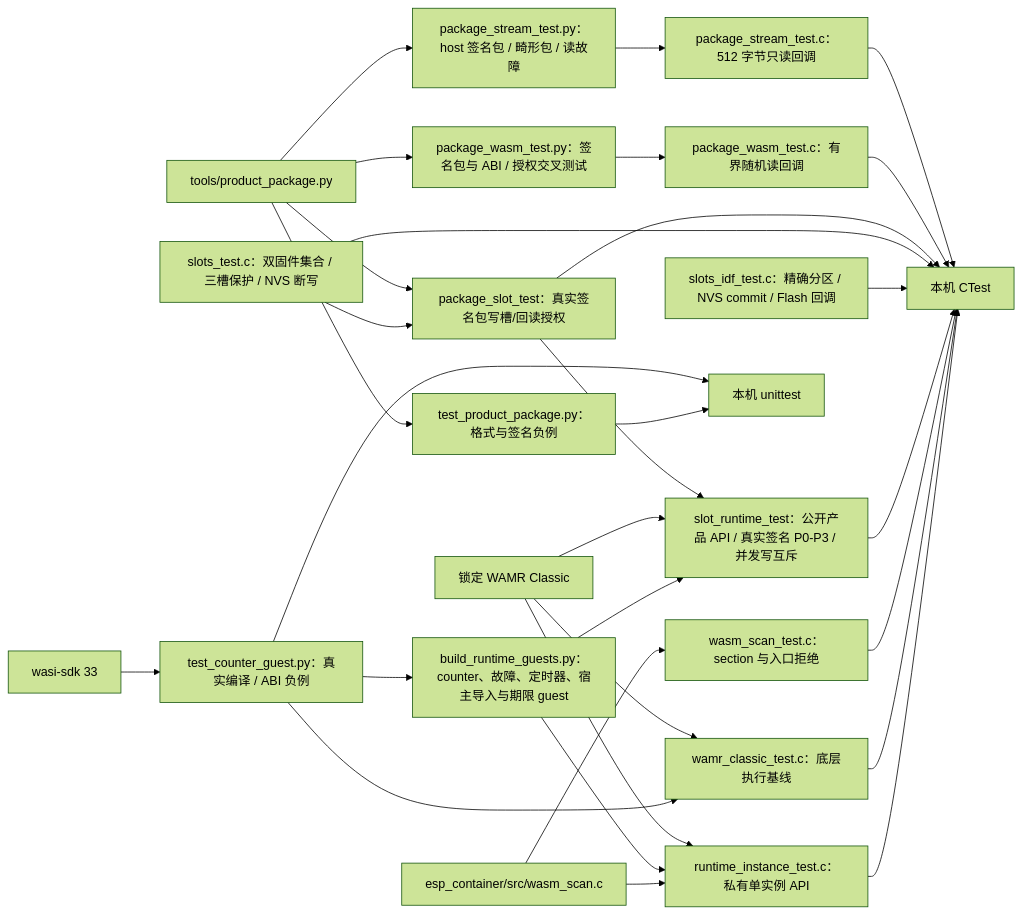
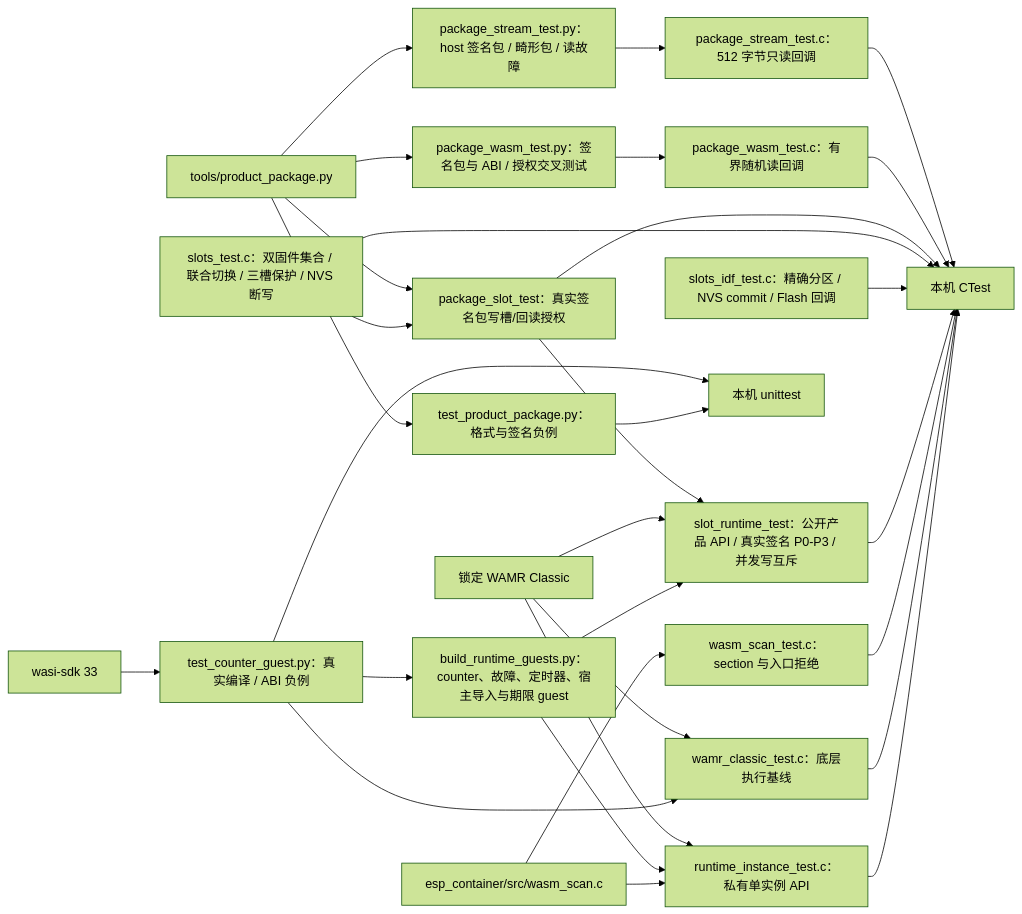
One commit to darren-you/esp-container changed the diagram in tests/README.md. Above: the diagram before and after it, drawn with Mermaid (forest theme). The commit also changed other lines of this file and 10 other files, not shown here.

````diff
--- a/tests/README.md
+++ b/tests/README.md
@@ -5,32 +5,32 @@
 ```mermaid
 flowchart LR
     package["tools/product_package.py"] --> py["test_product_package.py：格式与签名负例"]
     package --> stream["package_stream_test.py：host 签名包 / 畸形包 / 读故障"]
     stream --> reader["package_stream_test.c：512 字节只读回调"]
     package --> static["package_wasm_test.py：签名包与 ABI / 授权交叉测试"]
     static --> static_reader["package_wasm_test.c：有界随机读回调"]
     reader --> ctest
     static_reader --> ctest
     package --> slot_admission["package_slot_test：真实签名包写槽/回读授权"]
     slots --> slot_admission
     slot_admission --> ctest
     slot_admission --> slot_runtime["slot_runtime_test：公开产品 API / 真实签名 P0-P3 / 并发写互斥"]
-    slots["slots_test.c：双固件集合 / 三槽保护 / NVS 断写"] --> ctest
+    slots["slots_test.c：双固件集合 / 联合切换 / 三槽保护 / NVS 断写"] --> ctest
     idf_slots["slots_idf_test.c：精确分区 / NVS commit / Flash 回调"] --> ctest
     scanner["esp_container/src/wasm_scan.c"] --> c["wasm_scan_test.c：section 与入口拒绝"]
     wasi["wasi-sdk 33"] --> guest["test_counter_guest.py：真实编译 / ABI 负例"]
     guest --> host
     wamr["锁定 WAMR Classic"] --> baseline["wamr_classic_test.c：底层执行基线"]
     guest --> baseline
     guest --> fixtures["build_runtime_guests.py：counter、故障、定时器、宿主导入与期限 guest"]
     wamr --> instance["runtime_instance_test.c：私有单实例 API"]
     wamr --> slot_runtime
     fixtures --> slot_runtime
     slot_runtime --> ctest
     fixtures --> instance
     scanner --> instance
     py --> host["本机 unittest"]
     c --> ctest["本机 CTest"]
     baseline --> ctest
     instance --> ctest
 ```
````
